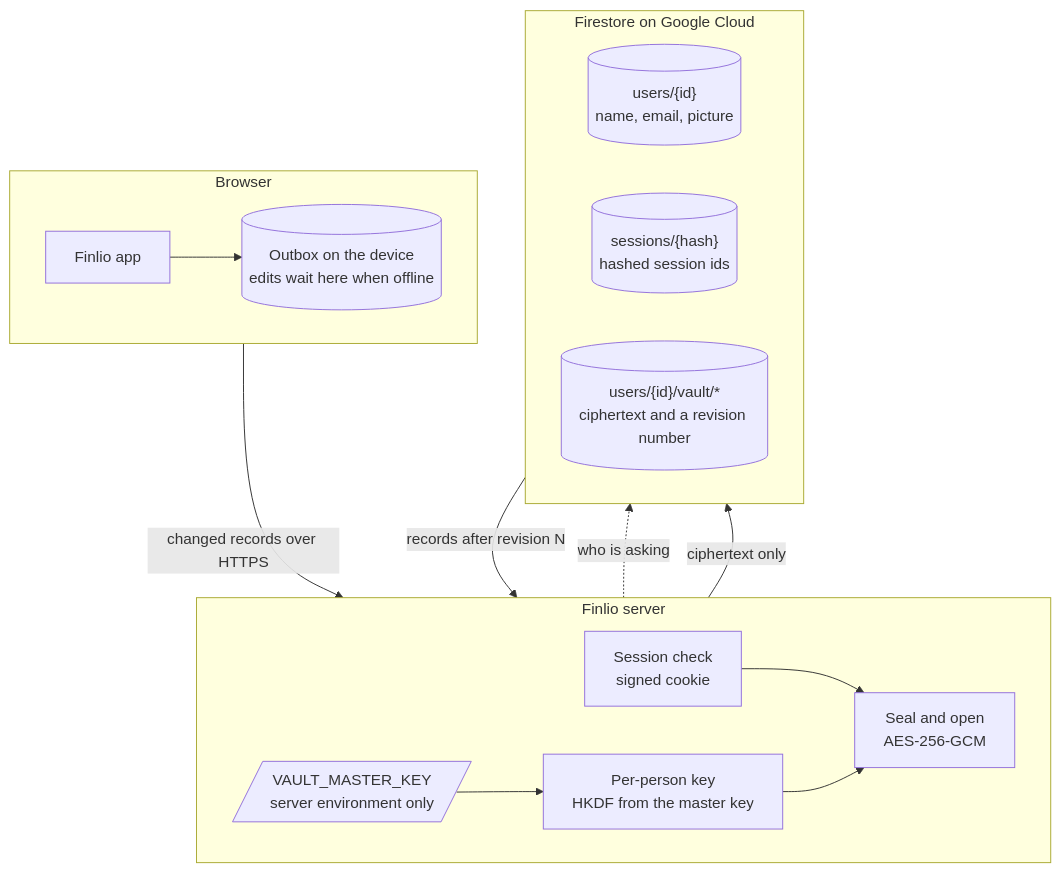
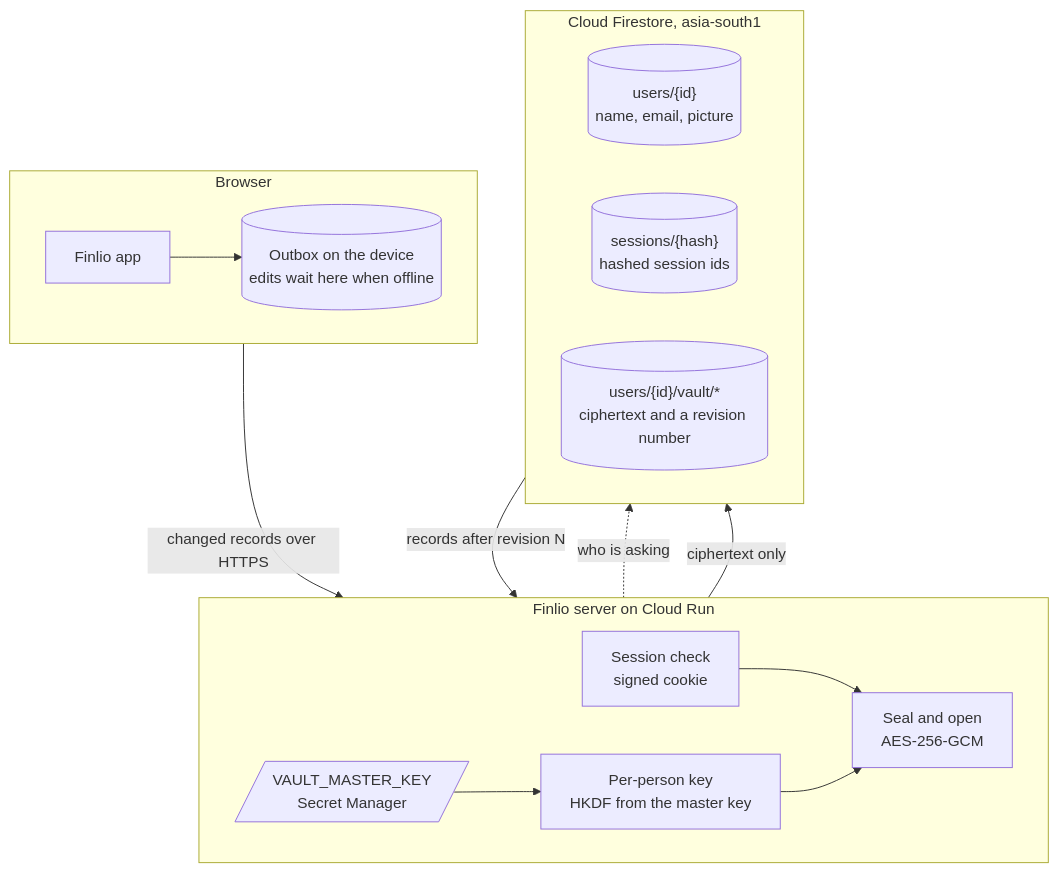
Before and after one commit to Gokulakrishnxn/Finlioo: the fourth of 4 diagrams in README.md, drawn with Mermaid. The commit also changed other lines of this file, not shown here.

Commit message:
docs: rewrite the README as a solution architecture

````diff
--- a/README.md
+++ b/README.md
@@ -116,31 +200,31 @@
 ```mermaid
 flowchart TB
     subgraph Browser
         direction LR
         App["Finlio app"]
         Outbox[("Outbox on the device<br/>edits wait here when offline")]
         App --> Outbox
     end
 
-    subgraph Server["Finlio server"]
+    subgraph Server["Finlio server on Cloud Run"]
         direction LR
         Session["Session check<br/>signed cookie"]
         Seal["Seal and open<br/>AES-256-GCM"]
         Key["Per-person key<br/>HKDF from the master key"]
-        Master[/"VAULT_MASTER_KEY<br/>server environment only"/]
+        Master[/"VAULT_MASTER_KEY<br/>Secret Manager"/]
         Session --> Seal
         Master --> Key --> Seal
     end
 
-    subgraph Firestore["Firestore on Google Cloud"]
+    subgraph Firestore["Cloud Firestore, asia-south1"]
         direction LR
         Users[("users/{id}<br/>name, email, picture")]
         Sessions[("sessions/{hash}<br/>hashed session ids")]
         Vault[("users/{id}/vault/*<br/>ciphertext and a revision number")]
     end
 
     Outbox -- "changed records over HTTPS" --> Session
     Session -. "who is asking" .-> Sessions
     Seal -- "ciphertext only" --> Vault
     Vault -- "records after revision N" --> Seal
 ```
````
